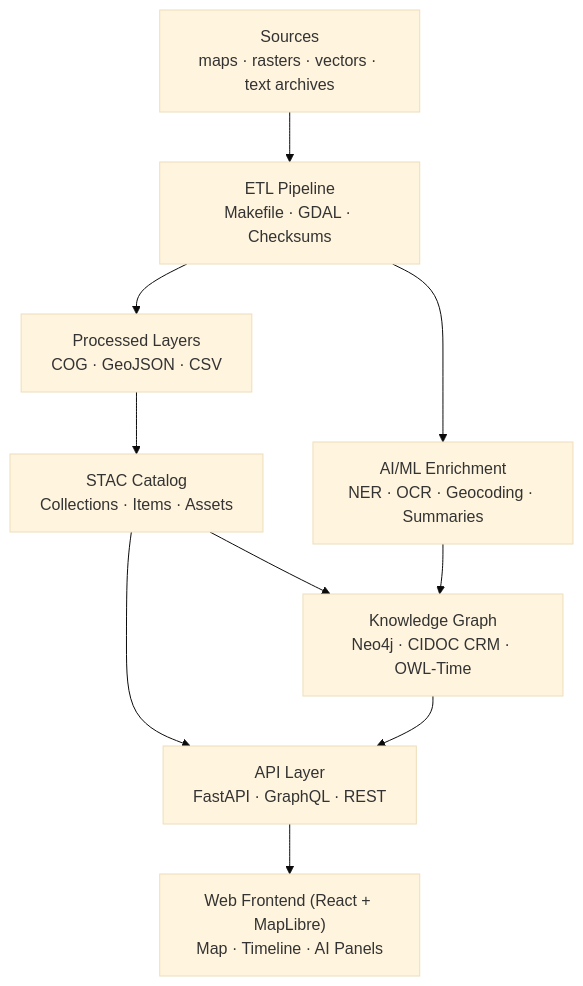
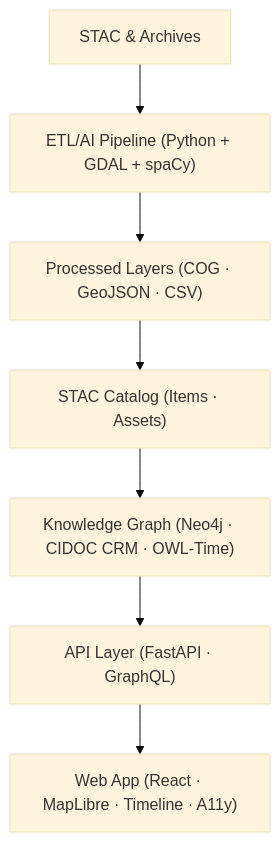
One commit to bartytime4life/Kansas-Frontier-Matrix changed the first of 2 diagrams in web/ARCHITECTURE.md. Above: the diagram before and after it, drawn with Mermaid (base theme). The commit also changed other lines of this file, not shown here.

````diff
--- a/web/ARCHITECTURE.md
+++ b/web/ARCHITECTURE.md
@@ -66,14 +127,9 @@
 ```mermaid
 flowchart TD
-  A["Sources<br/>maps · rasters · vectors · text archives"]
-    --> B["ETL Pipeline<br/>Makefile · GDAL · Checksums"]
-  B --> C["Processed Layers<br/>COG · GeoJSON · CSV"]
-  B --> I["AI/ML Enrichment<br/>NER · OCR · Geocoding · Summaries"]
-  C --> D["STAC Catalog<br/>Collections · Items · Assets"]
-  D --> H["Knowledge Graph<br/>Neo4j · CIDOC CRM · OWL-Time"]
-  I --> H
-  D --> J["API Layer<br/>FastAPI · GraphQL · REST"]
-  H --> J
-  J --> F["Web Frontend (React + MapLibre)<br/>Map · Timeline · AI Panels"]
-%% END OF MERMAID
+  A["STAC & Archives"] --> B["ETL/AI Pipeline (Python + GDAL + spaCy)"]
+  B --> C["Processed Layers (COG · GeoJSON · CSV)"]
+  C --> D["STAC Catalog (Items · Assets)"]
+  D --> E["Knowledge Graph (Neo4j · CIDOC CRM · OWL-Time)"]
+  E --> F["API Layer (FastAPI · GraphQL)"]
+  F --> G["Web App (React · MapLibre · Timeline · A11y)"]
 ```
````
